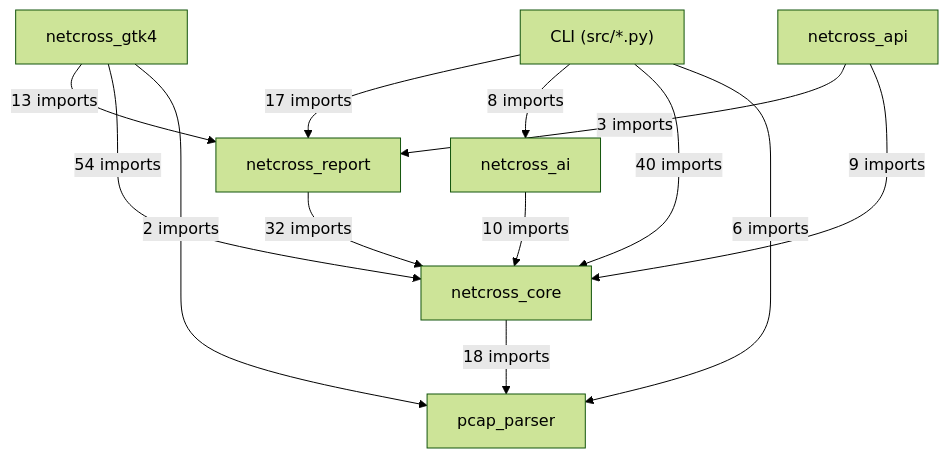
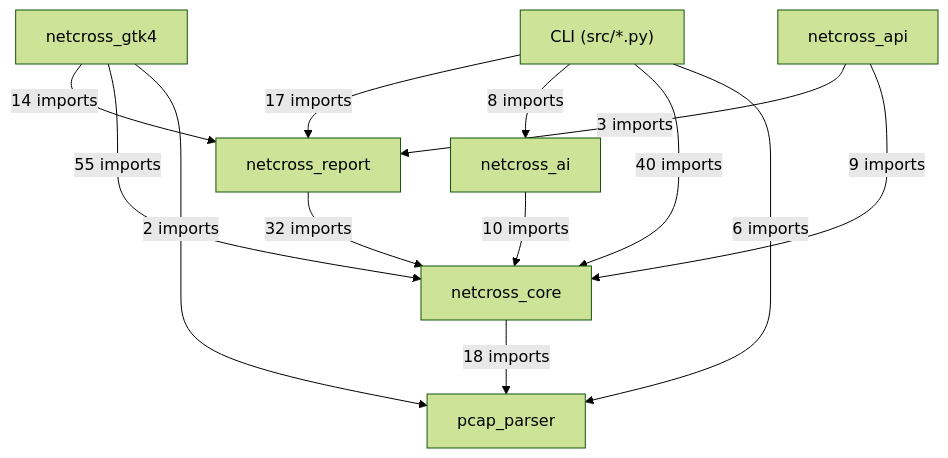
Before and after one commit to Mathide-Team/Netcross: the first of 19 diagrams in docs/class-diagram.md, drawn with Mermaid (forest theme). The commit also changed other lines of this file and 6 other files, not shown here.

````diff
--- a/docs/class-diagram.md
+++ b/docs/class-diagram.md
@@ -26,22 +26,22 @@
 ```mermaid
 flowchart TD
     CLI["CLI (src/*.py)"]
     netcross_gtk4["netcross_gtk4"]
     netcross_api["netcross_api"]
     netcross_report["netcross_report"]
     netcross_ai["netcross_ai"]
     netcross_core["netcross_core"]
     pcap_parser["pcap_parser"]
     CLI -->|"17 imports"| netcross_report
     CLI -->|"8 imports"| netcross_ai
     CLI -->|"40 imports"| netcross_core
     CLI -->|"6 imports"| pcap_parser
-    netcross_gtk4 -->|"13 imports"| netcross_report
-    netcross_gtk4 -->|"54 imports"| netcross_core
+    netcross_gtk4 -->|"14 imports"| netcross_report
+    netcross_gtk4 -->|"55 imports"| netcross_core
     netcross_gtk4 -->|"2 imports"| pcap_parser
     netcross_api -->|"3 imports"| netcross_report
     netcross_api -->|"9 imports"| netcross_core
     netcross_report -->|"32 imports"| netcross_core
     netcross_ai -->|"10 imports"| netcross_core
     netcross_core -->|"18 imports"| pcap_parser
 ```
````
